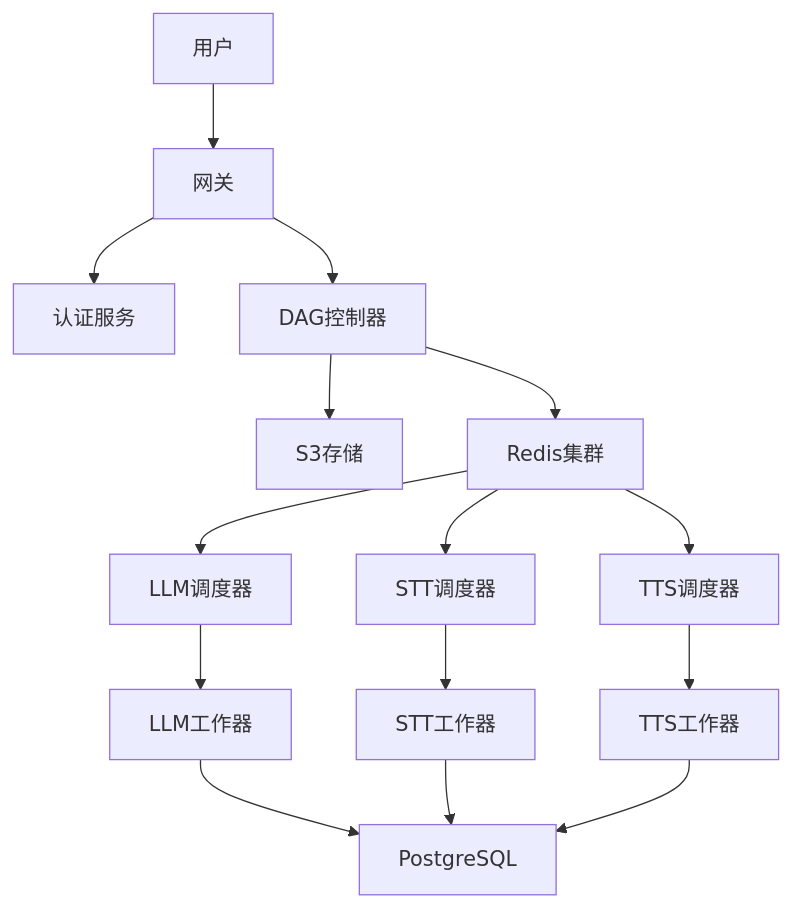
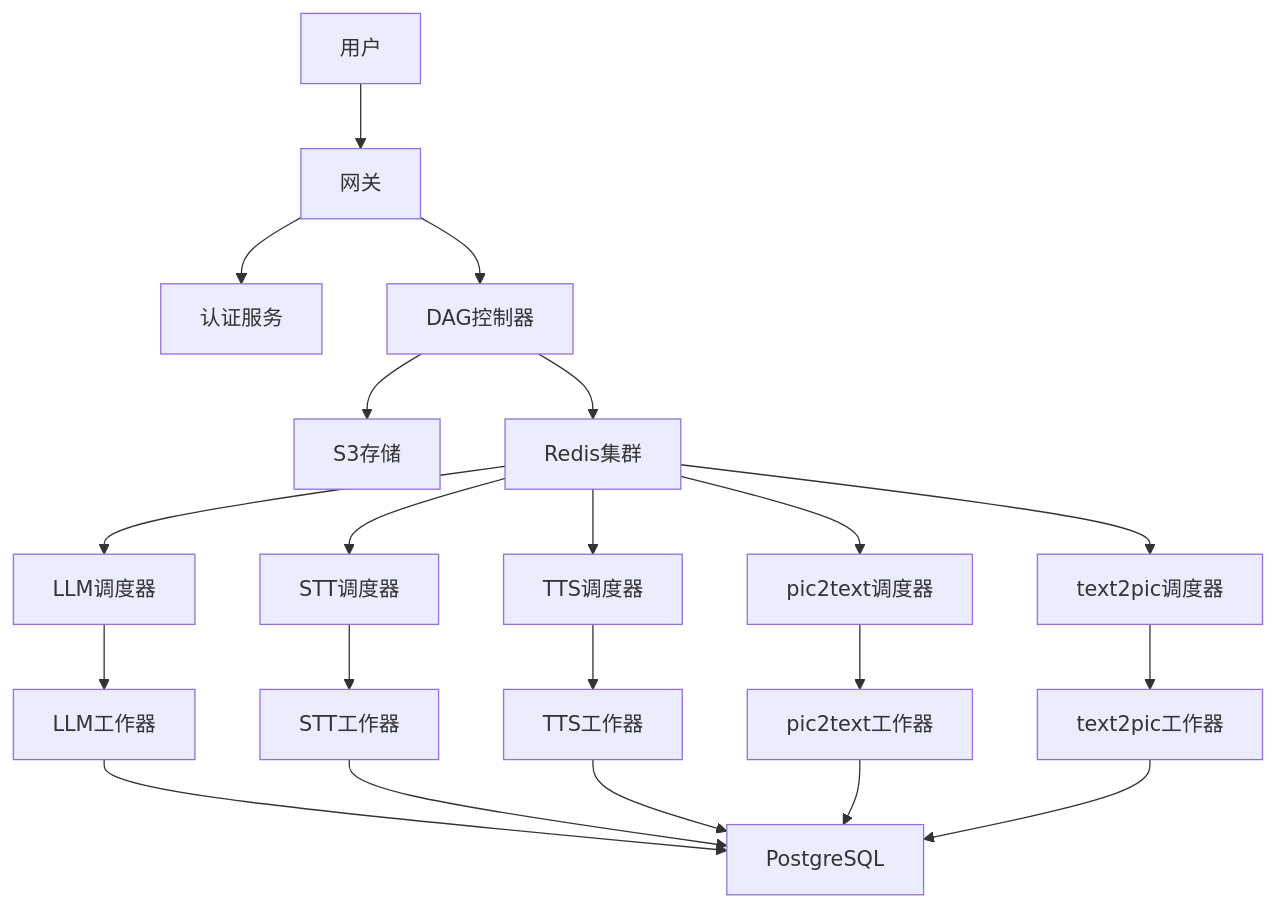
The second of 2 diagrams in README.md (ENFJ-Meower/Labubu-Remake-AI-Platform), drawn with Mermaid before and after one commit. The commit also changed other lines of this file, not shown here.

````diff
--- a/README.md
+++ b/README.md
@@ -343,17 +349,23 @@
 ```mermaid
 graph TD
     A[用户] --> B[网关]
     B --> C[认证服务]
     B --> D[DAG控制器]
     D --> E[S3存储]
     D --> F[Redis集群]
     F --> G[LLM调度器]
     F --> H[STT调度器]
     F --> I[TTS调度器]
+    F --> N[pic2text调度器]   
+    F --> P[text2pic调度器]   
     G --> J[LLM工作器]
     H --> K[STT工作器]
     I --> L[TTS工作器]
+    N --> O[pic2text工作器]     
+    P --> Q[text2pic工作器]      
     J --> M[PostgreSQL]
     K --> M
     L --> M
+    O --> M
+    Q --> M  
 ```
````
